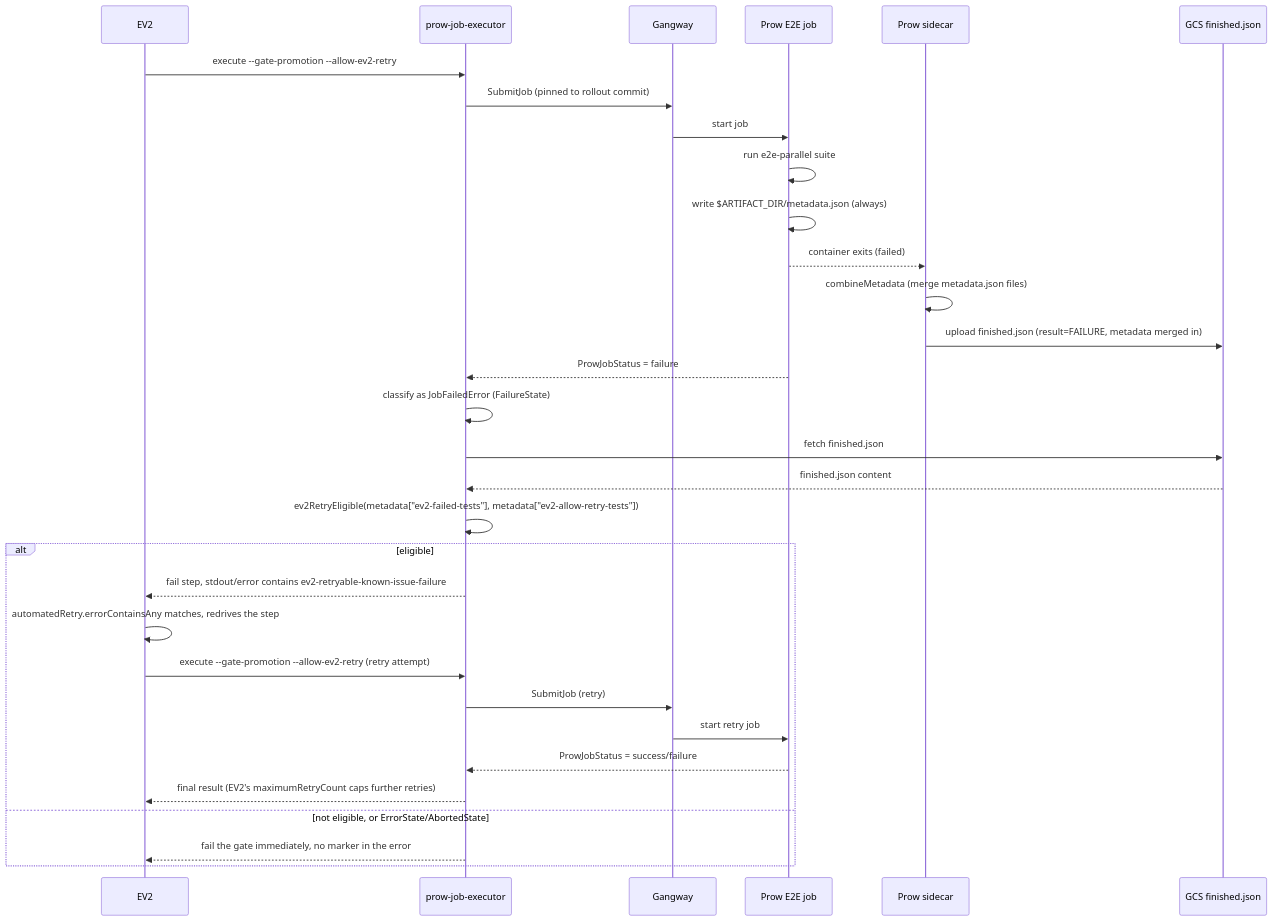
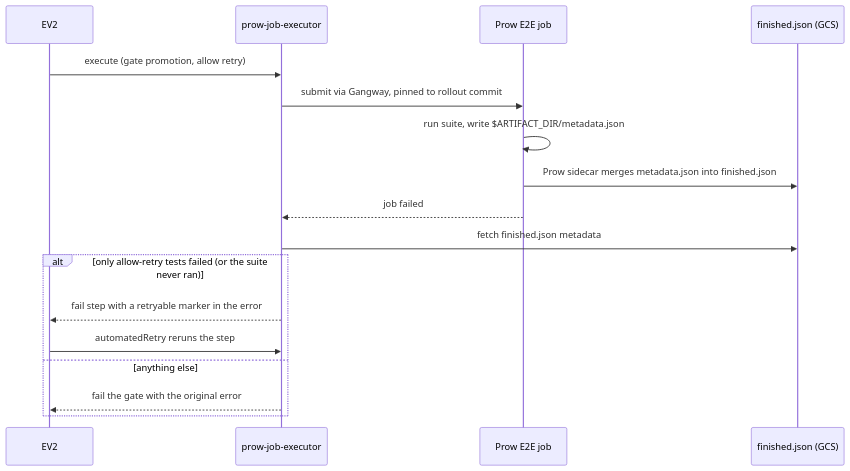
The diagram in docs/ci/ev2-retry-catcher.md (Azure/ARO-HCP), drawn with Mermaid before and after one commit. The commit also changed other lines of this file and 37 other files, not shown here.

````diff
--- a/docs/ci/ev2-retry-catcher.md
+++ b/docs/ci/ev2-retry-catcher.md
@@ -73,34 +15,20 @@
 ```mermaid
 sequenceDiagram
     participant EV2
     participant executor as prow-job-executor
-    participant gangway as Gangway
     participant job as Prow E2E job
-    participant sidecar as Prow sidecar
-    participant gcs as GCS finished.json
+    participant gcs as finished.json (GCS)
 
-    EV2->>executor: execute --gate-promotion --allow-ev2-retry
-    executor->>gangway: SubmitJob (pinned to rollout commit)
-    gangway->>job: start job
-    job->>job: run e2e-parallel suite
-    job->>job: write $ARTIFACT_DIR/metadata.json (always)
-    job-->>sidecar: container exits (failed)
-    sidecar->>sidecar: combineMetadata (merge metadata.json files)
-    sidecar->>gcs: upload finished.json (result=FAILURE, metadata merged in)
-    job-->>executor: ProwJobStatus = failure
-    executor->>executor: classify as JobFailedError (FailureState)
-    executor->>gcs: fetch finished.json
-    gcs-->>executor: finished.json content
-    executor->>executor: ev2RetryEligible(metadata["ev2-failed-tests"], metadata["ev2-allow-retry-tests"])
-    alt eligible
-        executor-->>EV2: fail step, stdout/error contains ev2-retryable-known-issue-failure
-        EV2->>EV2: automatedRetry.errorContainsAny matches, redrives the step
-        EV2->>executor: execute --gate-promotion --allow-ev2-retry (retry attempt)
-        executor->>gangway: SubmitJob (retry)
-        gangway->>job: start retry job
-        job-->>executor: ProwJobStatus = success/failure
-        executor-->>EV2: final result (EV2's maximumRetryCount caps further retries)
-    else not eligible, or ErrorState/AbortedState
-        executor-->>EV2: fail the gate immediately, no marker in the error
+    EV2->>executor: execute (gate promotion, allow retry)
+    executor->>job: submit via Gangway, pinned to rollout commit
+    job->>job: run suite, write $ARTIFACT_DIR/metadata.json
+    job->>gcs: Prow sidecar merges metadata.json into finished.json
+    job-->>executor: job failed
+    executor->>gcs: fetch finished.json metadata
+    alt only allow-retry tests failed (or the suite never ran)
+        executor-->>EV2: fail step with a retryable marker in the error
+        EV2->>executor: automatedRetry reruns the step
+    else anything else
+        executor-->>EV2: fail the gate with the original error
     end
 ```
````
